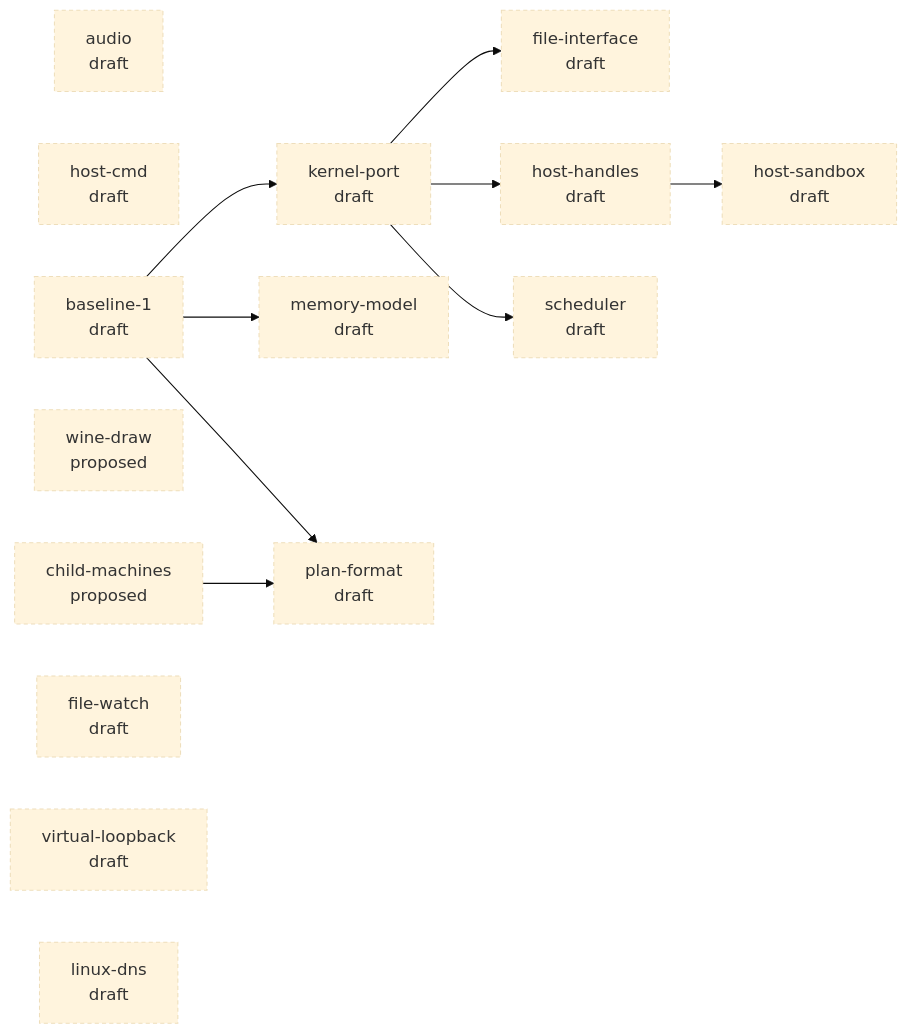
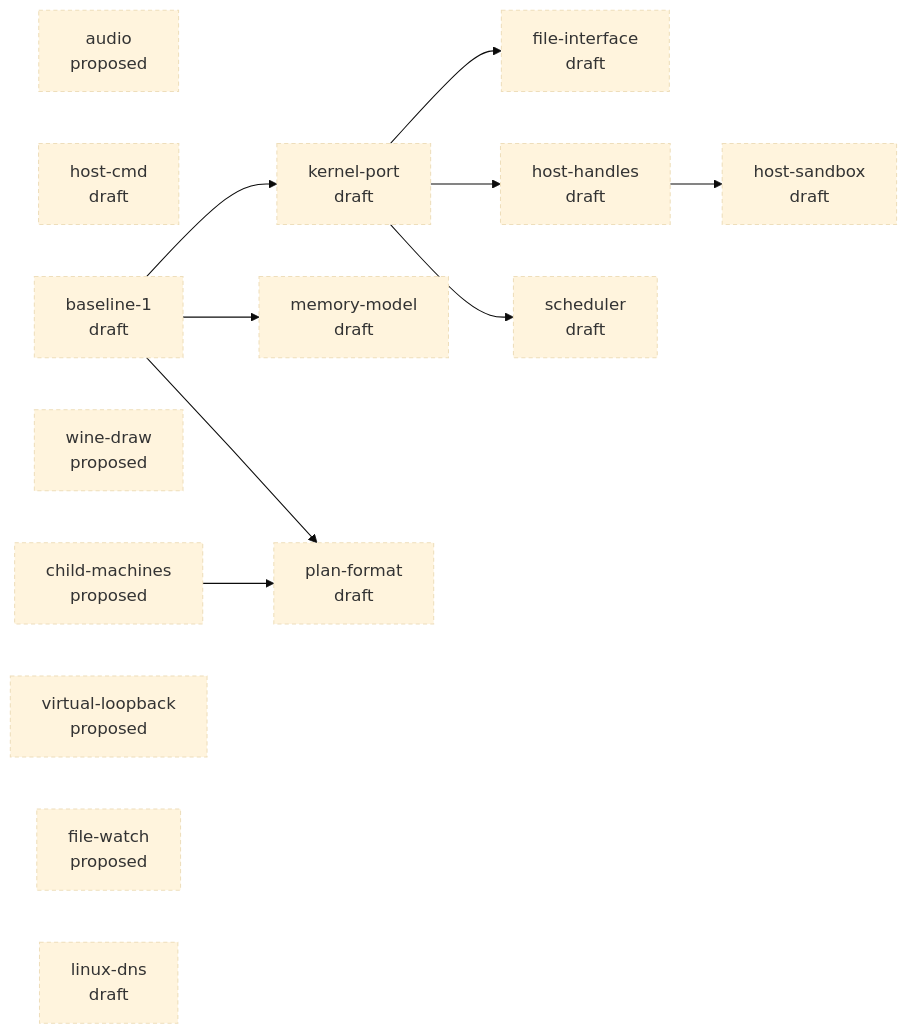
Before and after one commit to progrium/hyper9: the diagram in design/STATUS.md, drawn with Mermaid (base theme). The commit also changed other lines of this file, not shown here.

Commit message:
design: regenerate STATUS.md

````diff
--- a/design/STATUS.md
+++ b/design/STATUS.md
@@ -25,30 +25,30 @@
 ```mermaid
 flowchart LR
   classDef draft stroke-dasharray: 4 3
   classDef accepted stroke-width: 2px
   classDef implemented fill:#dfd,stroke:#393
   classDef closed fill:#eee,stroke:#999,color:#777
   p_host_sandbox["host-sandbox<br/>draft"]:::draft
-  p_audio["audio<br/>draft"]:::draft
+  p_audio["audio<br/>proposed"]:::draft
   p_host_cmd["host-cmd<br/>draft"]:::draft
   p_child_machines["child-machines<br/>proposed"]:::draft
   p_wine_draw["wine-draw<br/>proposed"]:::draft
   p_baseline_1["baseline-1<br/>draft"]:::draft
   p_file_interface["file-interface<br/>draft"]:::draft
   p_host_handles["host-handles<br/>draft"]:::draft
   p_kernel_port["kernel-port<br/>draft"]:::draft
   p_memory_model["memory-model<br/>draft"]:::draft
   p_plan_format["plan-format<br/>draft"]:::draft
   p_scheduler["scheduler<br/>draft"]:::draft
-  p_file_watch["file-watch<br/>draft"]:::draft
-  p_virtual_loopback["virtual-loopback<br/>draft"]:::draft
+  p_virtual_loopback["virtual-loopback<br/>proposed"]:::draft
+  p_file_watch["file-watch<br/>proposed"]:::draft
   p_linux_dns["linux-dns<br/>draft"]:::draft
   p_host_handles --> p_host_sandbox
   p_kernel_port --> p_file_interface
   p_kernel_port --> p_host_handles
   p_baseline_1 --> p_kernel_port
   p_baseline_1 --> p_memory_model
   p_baseline_1 --> p_plan_format
   p_child_machines --> p_plan_format
   p_kernel_port --> p_scheduler
 ```
````
